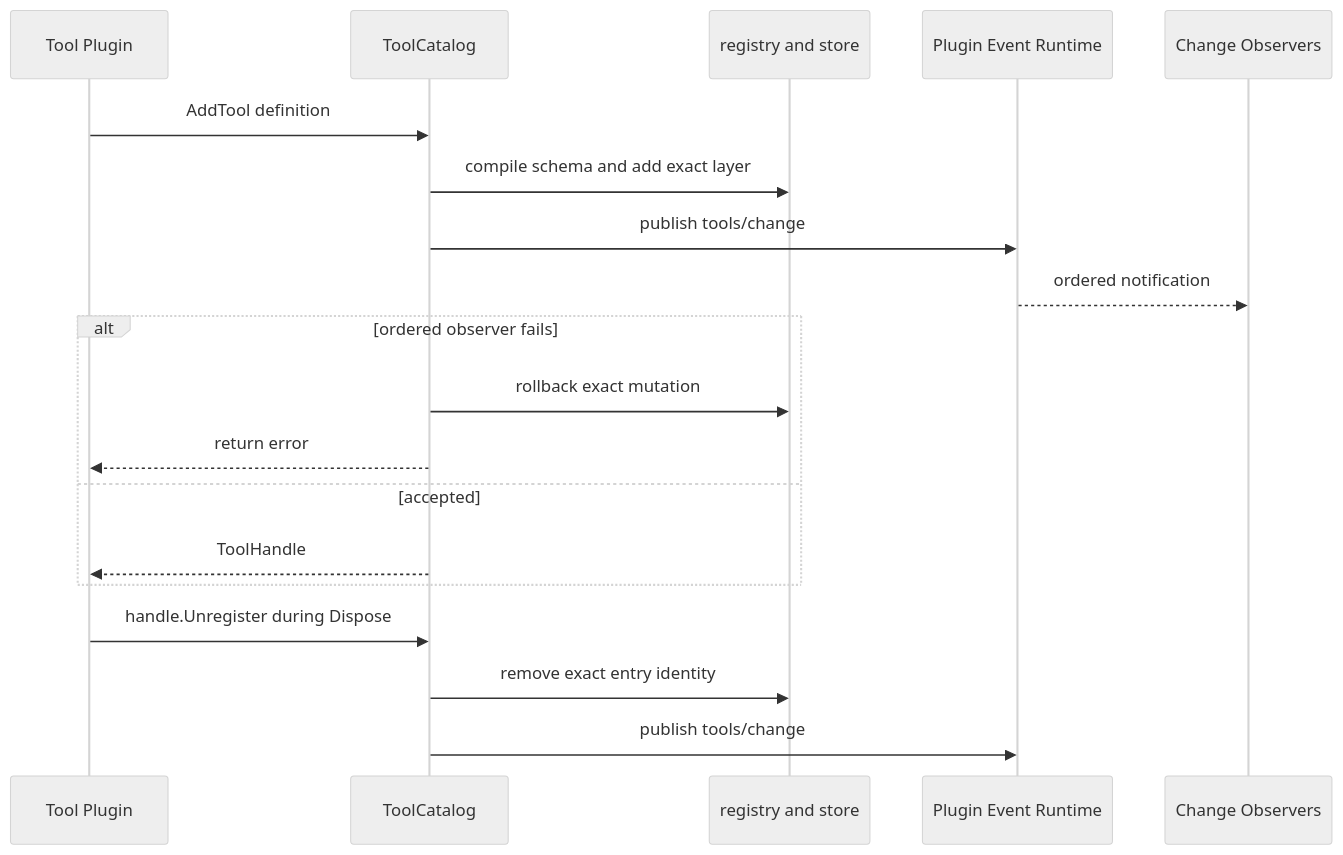
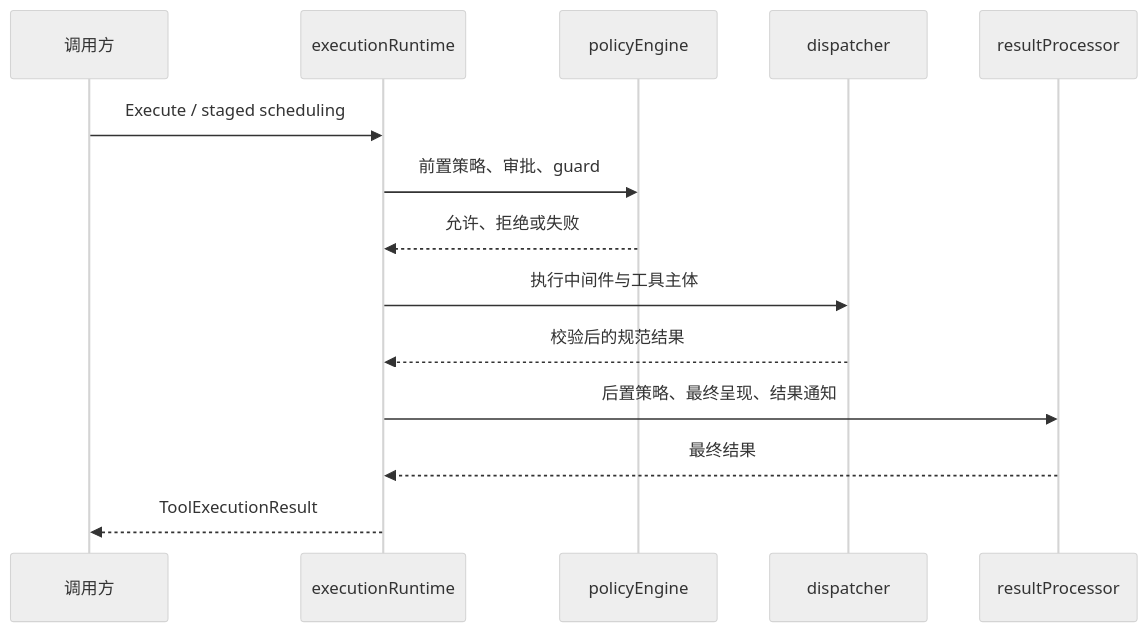
One commit to gorenx/goren changed the second of 2 diagrams in tools/README.zh-CN.md. Above: the diagram before and after it, drawn with Mermaid (neutral theme). The commit also changed other lines of this file and 9 other files, not shown here.

````diff
--- a/tools/README.zh-CN.md
+++ b/tools/README.zh-CN.md
@@ -85,22 +60,16 @@
 ```mermaid
 sequenceDiagram
-    participant P as Tool Plugin
-    participant T as ToolCatalog
-    participant R as registry and store
-    participant E as Plugin Event Runtime
-    participant O as Change Observers
-
-    P->>T: AddTool definition
-    T->>R: compile schema and add exact layer
-    T->>E: publish tools/change
-    E-->>O: ordered notification
-    alt ordered observer fails
-        T->>R: rollback exact mutation
-        T-->>P: return error
-    else accepted
-    T-->>P: ToolHandle
-    end
-    P->>T: handle.Unregister during Dispose
-    T->>R: remove exact entry identity
-    T->>E: publish tools/change
+    participant Caller as 调用方
+    participant Runtime as executionRuntime
+    participant Policy as policyEngine
+    participant Body as dispatcher
+    participant Result as resultProcessor
+    Caller->>Runtime: Execute / staged scheduling
+    Runtime->>Policy: 前置策略、审批、guard
+    Policy-->>Runtime: 允许、拒绝或失败
+    Runtime->>Body: 执行中间件与工具主体
+    Body-->>Runtime: 校验后的规范结果
+    Runtime->>Result: 后置策略、最终呈现、结果通知
+    Result-->>Runtime: 最终结果
+    Runtime-->>Caller: ToolExecutionResult
 ```
````
